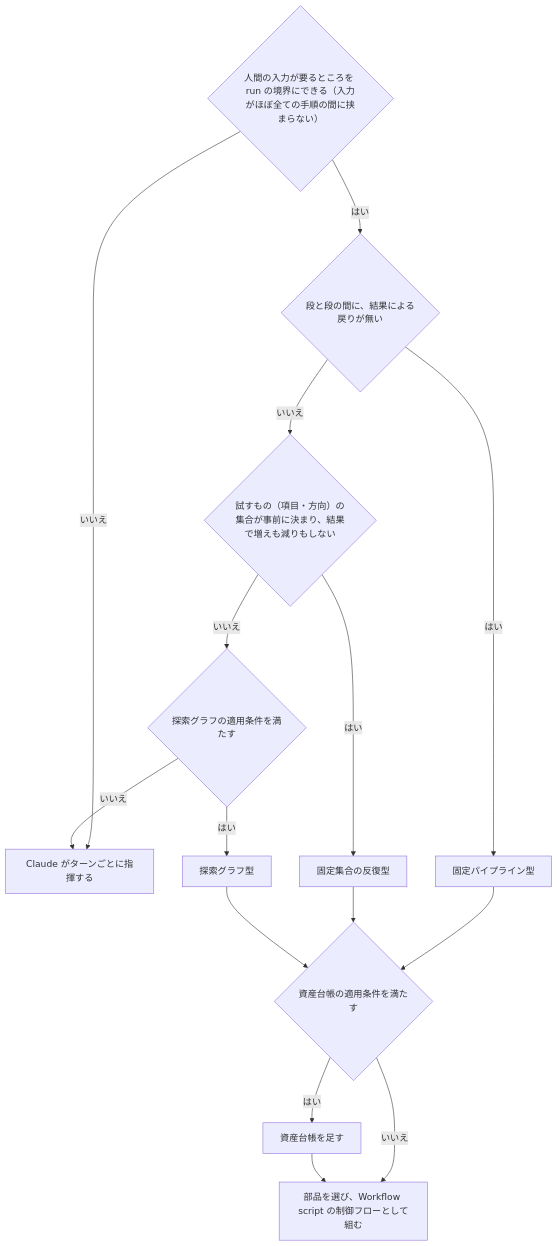
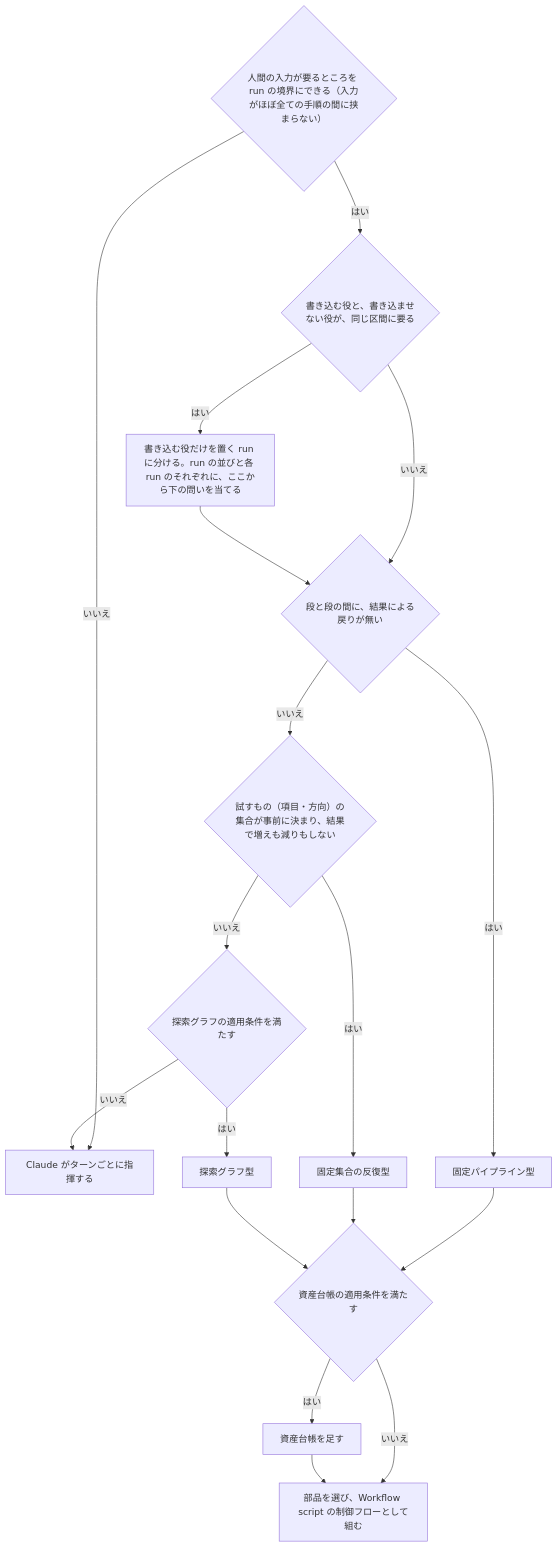
One commit to yoshiysh/claude-plugins changed the second of 3 diagrams in docs/design/skill-design-patterns.md. Above: the diagram before and after it, drawn with Mermaid. The commit also changed other lines of this file and 2 other files, not shown here.

Commit message:
docs(design): develop plugin の未決事項の決定を反映し、設計方針に権限の分離で run を分ける場合を足す
設定ファイル名・git の外の対象のレビュー・条件つきの resolve・required checks の待ち・contextual-code-review の置き換え・返信の言語・PR の無い対象への外のレビュー結果の経路を構成案に反映した。設計方針文書の形の判定に権限の分離の問いを足し、資産台帳の skip 一覧の追加起動の役を資産を読む役に直した（bp の基準の写しも同期）。

````diff
--- a/docs/design/skill-design-patterns.md
+++ b/docs/design/skill-design-patterns.md
@@ -99,17 +99,20 @@
 ```mermaid
 flowchart TD
   A{"人間の入力が要るところを run の境界にできる（入力がほぼ全ての手順の間に挟まらない）"} -- いいえ --> T["Claude がターンごとに指揮する"]
-  A -- はい --> Q1{"段と段の間に、結果による戻りが無い"}
+  A -- はい --> W{"書き込む役と、書き込ませない役が、同じ区間に要る"}
+  W -- はい --> R["書き込む役だけを置く run に分ける。run の並びと各 run のそれぞれに、ここから下の問いを当てる"]
+  W -- いいえ --> Q1{"段と段の間に、結果による戻りが無い"}
+  R --> Q1
   Q1 -- はい --> P["固定パイプライン型"]
   Q1 -- いいえ --> Q2{"試すもの（項目・方向）の集合が事前に決まり、結果で増えも減りもしない"}
   Q2 -- はい --> GV["固定集合の反復型"]
   Q2 -- いいえ --> Q3{"探索グラフの適用条件を満たす"}
   Q3 -- はい --> G["探索グラフ型"]
   Q3 -- いいえ --> T
   P --> Q4{"資産台帳の適用条件を満たす"}
   GV --> Q4
   G --> Q4
   Q4 -- はい --> L["資産台帳を足す"]
   Q4 -- いいえ --> S
   L --> S["部品を選び、Workflow script の制御フローとして組む"]
 ```
````
